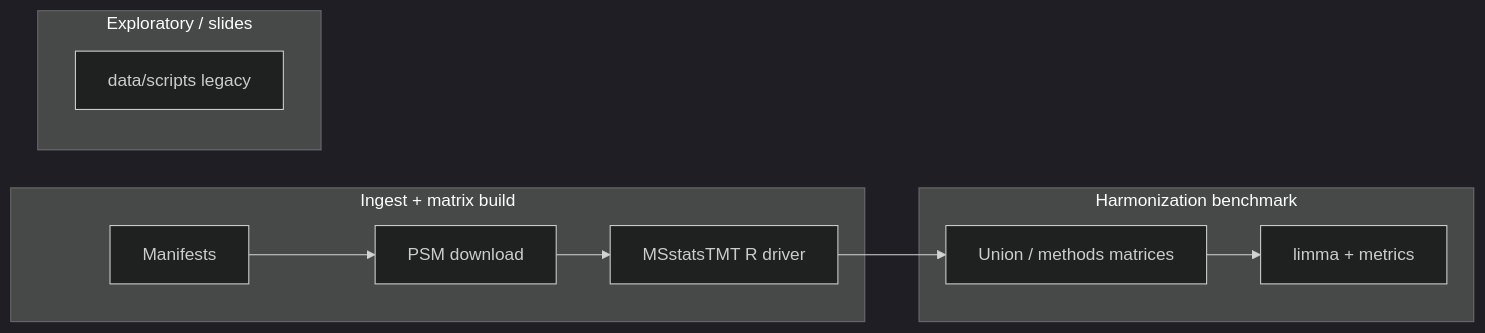
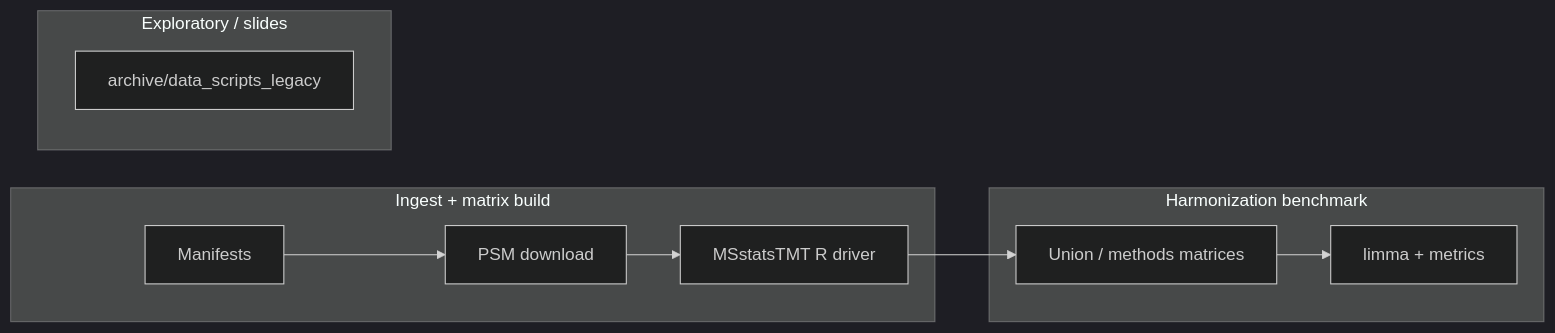
One commit to lzucaxd/ProteomicsAllignment changed the diagram in docs/NAMING_AND_PATHS.md. Above: the diagram before and after it, drawn with Mermaid (dark theme). The commit also changed other lines of this file and 62 other files, not shown here.

First line of the commit message:
Tidy: MASTER single doc index; archive exploratory scripts and topic notes

````diff
--- a/docs/NAMING_AND_PATHS.md
+++ b/docs/NAMING_AND_PATHS.md
@@ -9,18 +11,18 @@
 ```mermaid
 flowchart LR
   subgraph ingest["Ingest + matrix build"]
     M[Manifests]
     P[PSM download]
     R[MSstatsTMT R driver]
     M --> P --> R
   end
   subgraph bench["Harmonization benchmark"]
     U[Union / methods matrices]
     L[limma + metrics]
     U --> L
   end
   subgraph extra["Exploratory / slides"]
-    X[data/scripts legacy]
+    X[archive/data_scripts_legacy]
   end
   R --> U
 ```
````
